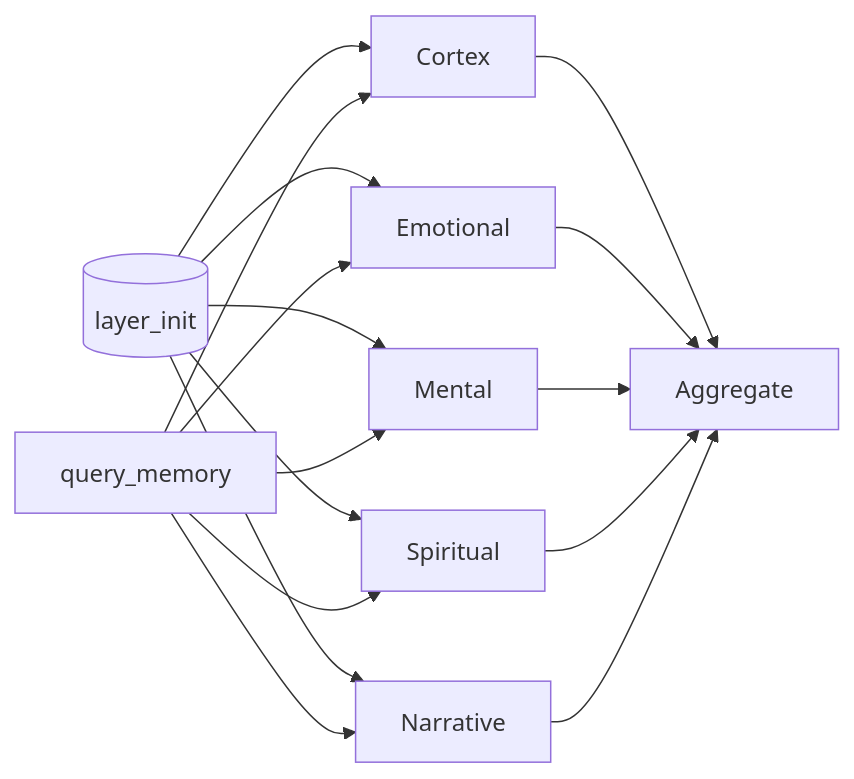
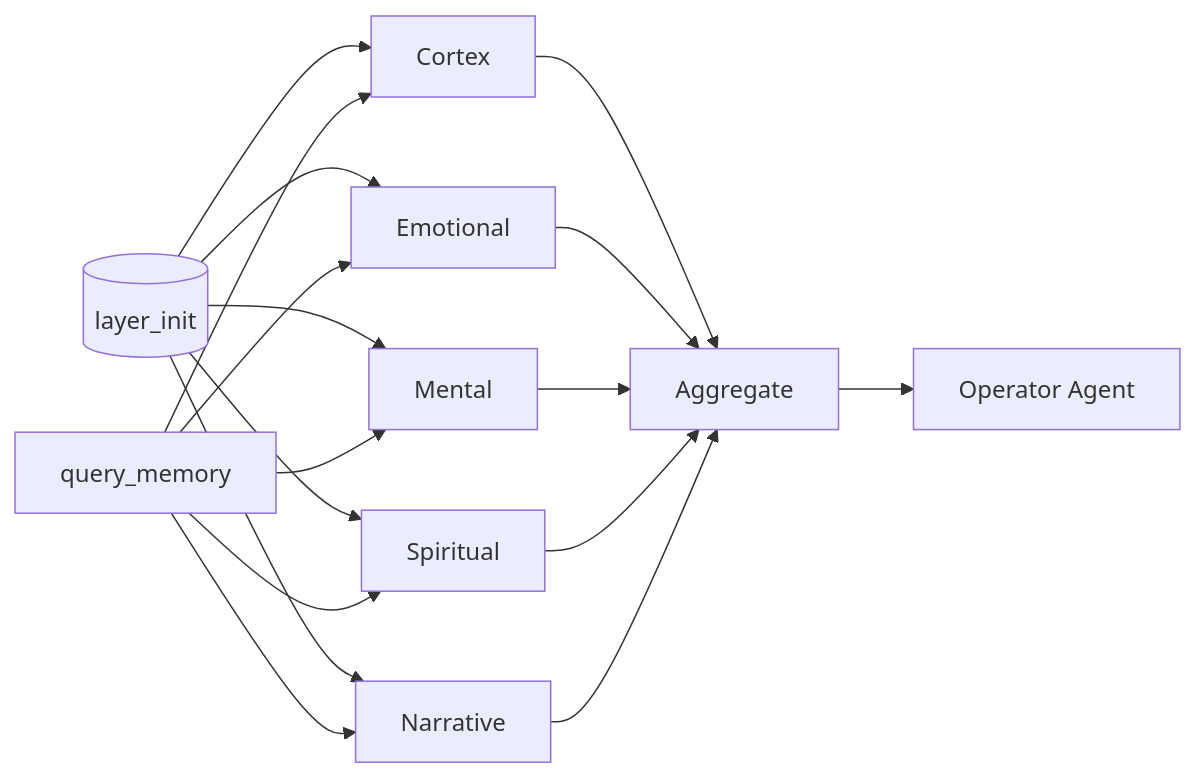
One commit to DINGIRABZU/ABZU changed the diagram in docs/figures/layer_init_query_flow.mmd. Above: the diagram before and after it, drawn with Mermaid. The commit also changed 4 other files, not shown here.

```diff
--- a/docs/figures/layer_init_query_flow.mmd
+++ b/docs/figures/layer_init_query_flow.mmd
@@ -1,18 +1,20 @@
 flowchart LR
     layer_init[(layer_init)] --> Cortex
     layer_init --> Emotional
     layer_init --> Mental
     layer_init --> Spiritual
     layer_init --> Narrative
 
     Query[query_memory] --> Cortex
     Query --> Emotional
     Query --> Mental
     Query --> Spiritual
     Query --> Narrative
 
     Cortex --> Aggregate
     Emotional --> Aggregate
     Mental --> Aggregate
     Spiritual --> Aggregate
     Narrative --> Aggregate
+
+    Aggregate --> OperatorAgent[Operator Agent]
```
